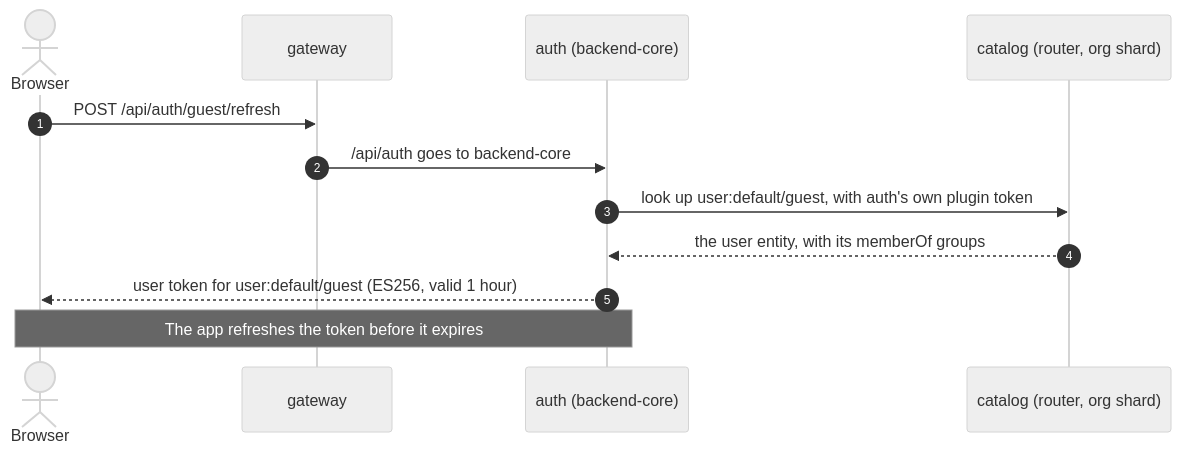
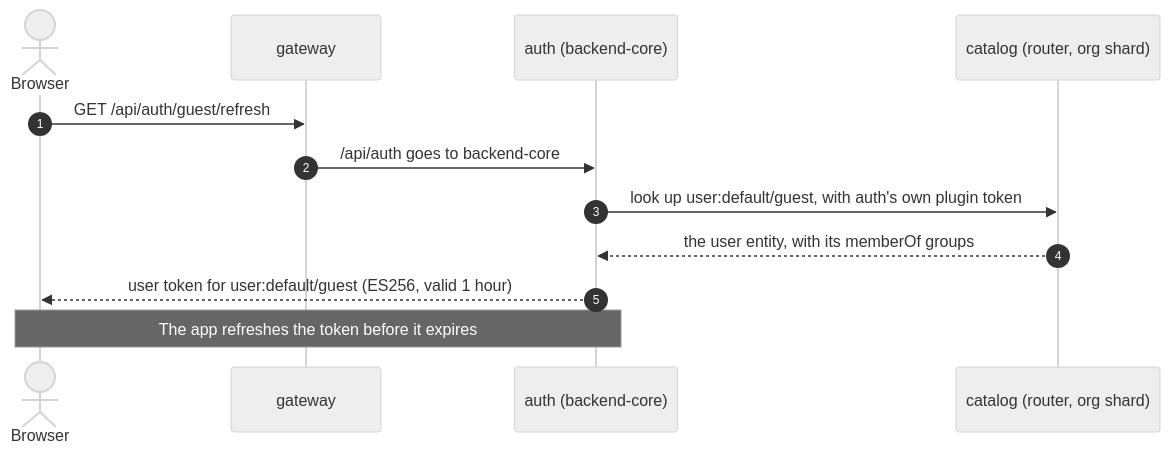
One commit to rgardam/rgardam changed the fourth of 16 diagrams in backstage-split-backends/docs/GUIDE.md. Above: the diagram before and after it, drawn with Mermaid (neutral theme). The commit also changed other lines of this file and 2 other files, not shown here.

````diff
--- a/backstage-split-backends/docs/GUIDE.md
+++ b/backstage-split-backends/docs/GUIDE.md
@@ -117,14 +120,14 @@
 ```mermaid
 sequenceDiagram
   autonumber
   actor U as Browser
   participant G as gateway
   participant A as auth (backend-core)
   participant C as catalog (router, org shard)
-  U->>G: POST /api/auth/guest/refresh
+  U->>G: GET /api/auth/guest/refresh
   G->>A: /api/auth goes to backend-core
   A->>C: look up user:default/guest, with auth's own plugin token
   C-->>A: the user entity, with its memberOf groups
   A-->>U: user token for user:default/guest (ES256, valid 1 hour)
   Note over U,A: The app refreshes the token before it expires
 ```
````
